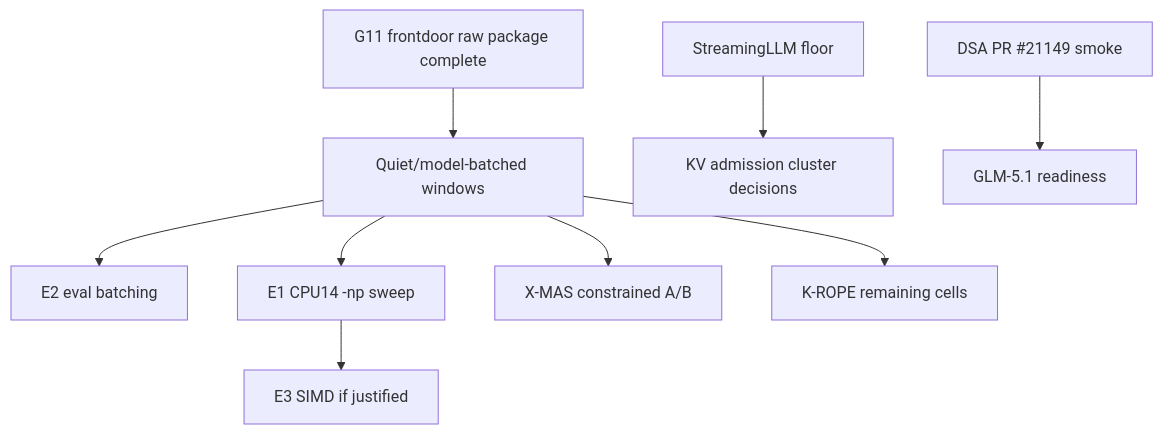
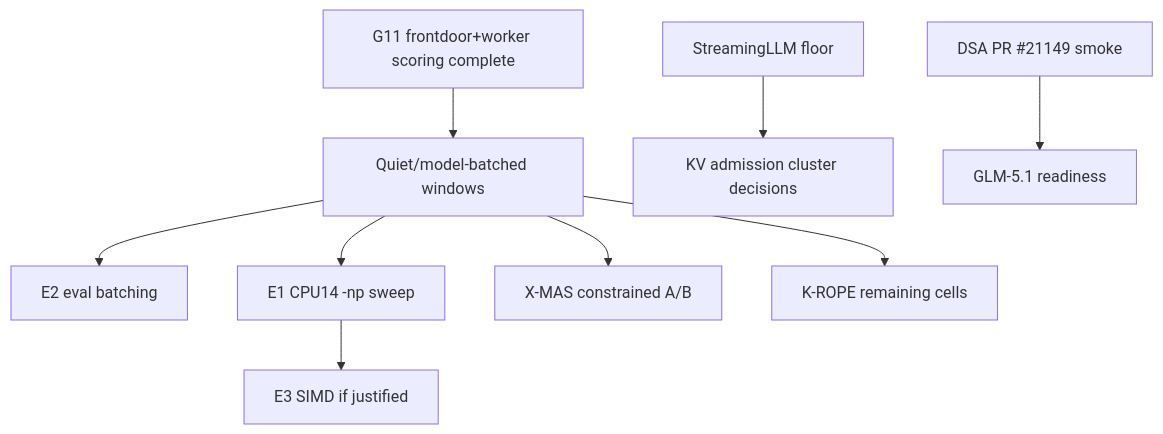
One commit to pestopoppa/epyc-root changed the diagram in handoffs/active/inference-acceleration-index.md. Above: the diagram before and after it, drawn with Mermaid. The commit also changed other lines of this file and 6 other files, not shown here.

````diff
--- a/handoffs/active/inference-acceleration-index.md
+++ b/handoffs/active/inference-acceleration-index.md
@@ -56,11 +56,11 @@
 ```mermaid
 flowchart TD
-    G11[G11 frontdoor raw package complete] --> Quiet[Quiet/model-batched windows]
+    G11[G11 frontdoor+worker scoring complete] --> Quiet[Quiet/model-batched windows]
     Quiet --> E2[E2 eval batching]
     Quiet --> E1[E1 CPU14 -np sweep]
     E1 --> E3[E3 SIMD if justified]
     Quiet --> Xmas[X-MAS constrained A/B]
     Quiet --> KROPE[K-ROPE remaining cells]
     Streaming[StreamingLLM floor] --> KVCluster[KV admission cluster decisions]
     DSA[DSA PR #21149 smoke] --> GLM[GLM-5.1 readiness]
 ```
````
